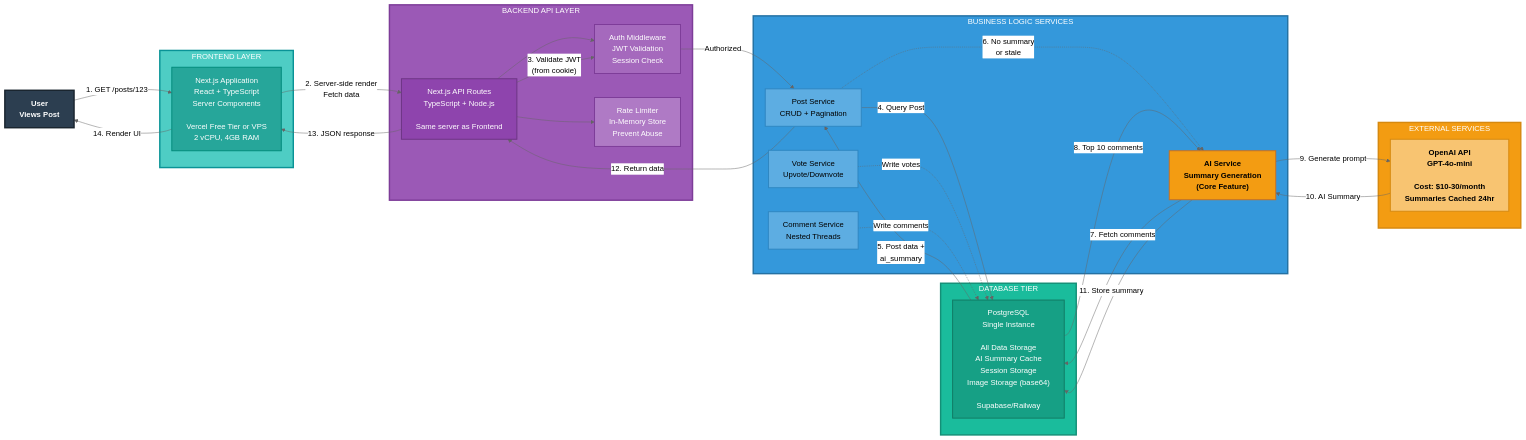
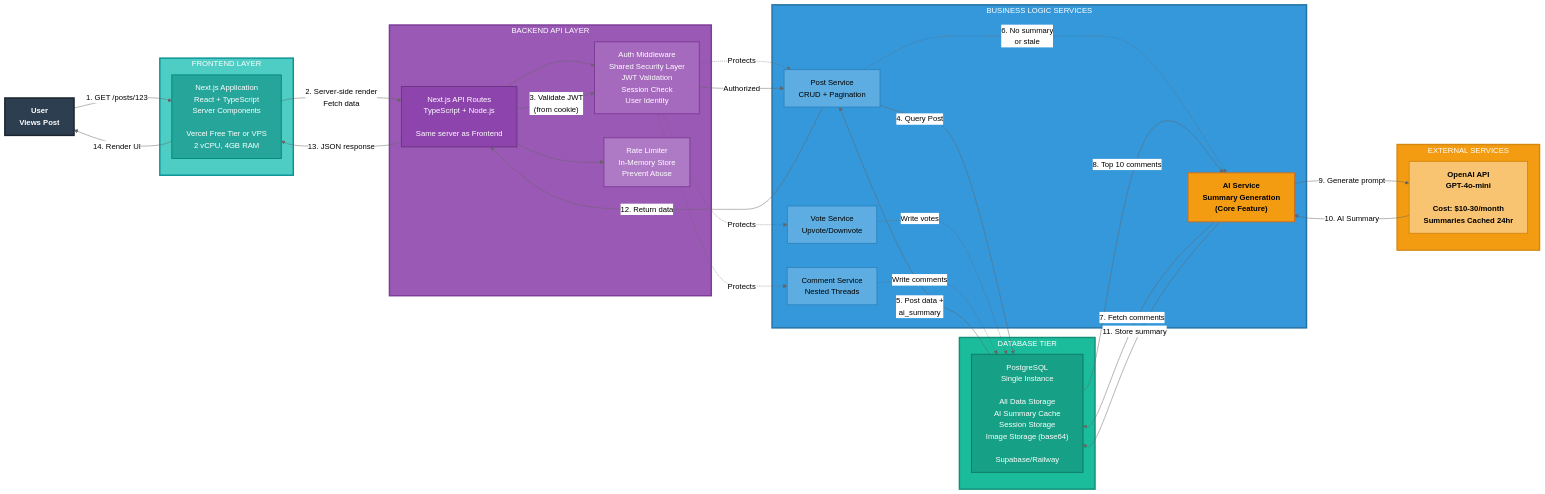
The diagram in budget_reddit_arch.md (GraceZhang64/reddit_project), drawn with Mermaid (neutral theme) before and after one commit.

Commit message:
Enhance Auth Middleware description in architecture

```diff
--- a/budget_reddit_arch.md
+++ b/budget_reddit_arch.md
@@ -10,11 +10,12 @@
     %% Top Row - Application Tiers (Left to Right)
     subgraph FRONTEND["FRONTEND LAYER"]
         NextJS["Next.js Application<br/>React + TypeScript<br/>Server Components<br/><br/>Vercel Free Tier or VPS<br/>2 vCPU, 4GB RAM"]
+        
     end
 
     subgraph BACKEND["BACKEND API LAYER"]
         API["Next.js API Routes<br/>TypeScript + Node.js<br/><br/>Same server as Frontend"]
-        Auth["Auth Middleware<br/>JWT Validation<br/>Session Check"]
+        Auth["Auth Middleware<br/>Shared Security Layer<br/>JWT Validation<br/>Session Check<br/>User Identity"]
         RateLimit["Rate Limiter<br/>In-Memory Store<br/>Prevent Abuse"]
         
         API --> Auth
@@ -26,6 +27,10 @@
         CommentSvc["Comment Service<br/>Nested Threads"]
         VoteSvc["Vote Service<br/>Upvote/Downvote"]
         AISvc["AI Service<br/>Summary Generation<br/>(Core Feature)"]
+
+        Auth -.->|"Protects"| PostSvc
+        Auth -.->|"Protects"| CommentSvc
+        Auth -.->|"Protects"| VoteSvc
     end
 
     %% Bottom Row - Data & External (Left to Right)
```
